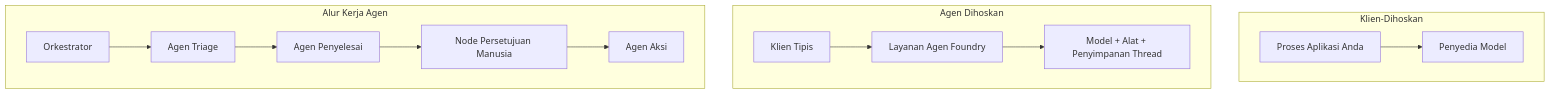
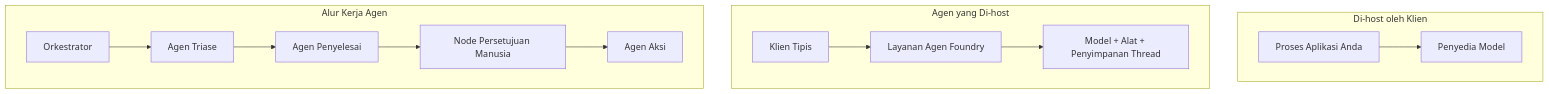
One commit to microsoft/ai-agents-for-beginners changed the first of 4 diagrams in translations/id/16-deploying-scalable-agents/README.md. Above: the diagram before and after it, drawn with Mermaid. The commit also changed other lines of this file and 46 other files, not shown here.

````diff
--- a/translations/id/16-deploying-scalable-agents/README.md
+++ b/translations/id/16-deploying-scalable-agents/README.md
@@ -87,16 +87,16 @@
 ```mermaid
 flowchart TB
-    subgraph P1[Klien-Dihoskan]
+    subgraph P1[Di-host oleh Klien]
         A1[Proses Aplikasi Anda] --> M1[Penyedia Model]
     end
-    subgraph P2[Agen Dihoskan]
+    subgraph P2[Agen yang Di-host]
         A2[Klien Tipis] --> F2[Layanan Agen Foundry]
         F2 --> M2[Model + Alat + Penyimpanan Thread]
     end
     subgraph P3[Alur Kerja Agen]
-        A3[Orkestrator] --> S1[Agen Triage]
+        A3[Orkestrator] --> S1[Agen Triase]
         S1 --> S2[Agen Penyelesai]
         S2 --> H[Node Persetujuan Manusia]
         H --> S3[Agen Aksi]
     end
 ```
````
